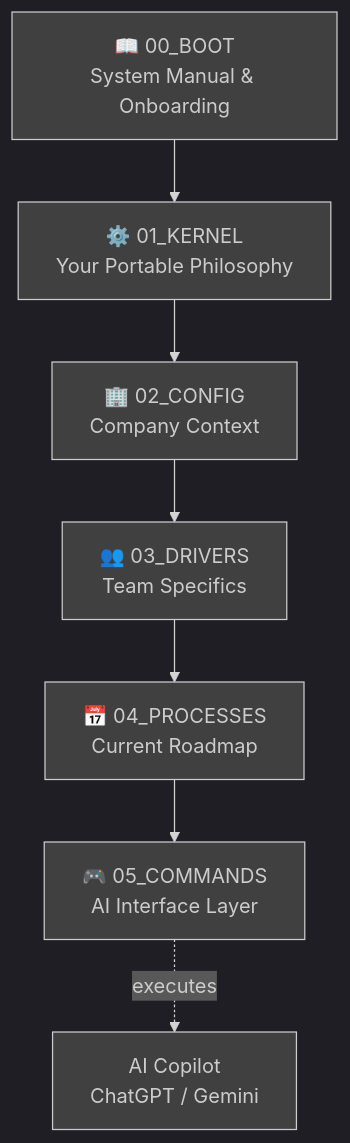
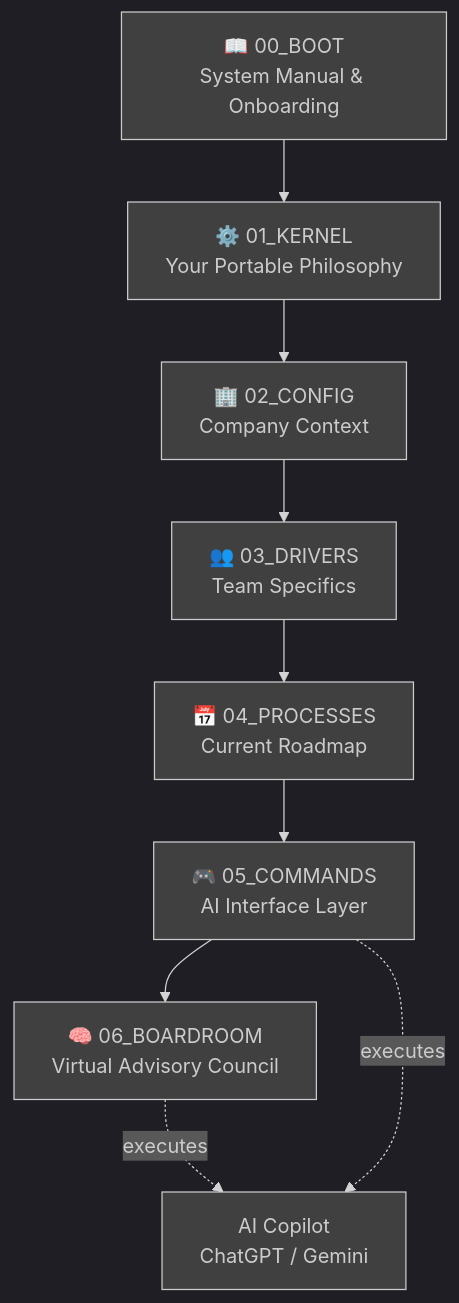
Before and after one commit to daviddgl/manager-operating-system: the first of 6 diagrams in ARCHITECTURE.md, drawn with Mermaid. The commit also changed other lines of this file and 10 other files, not shown here.

````diff
--- a/ARCHITECTURE.md
+++ b/ARCHITECTURE.md
@@ -11,18 +11,21 @@
 ```mermaid
 %%{init: {'theme':'dark'}}%%
 graph TD
     A["📖 00_BOOT<br/>System Manual & Onboarding"] --> B["⚙️ 01_KERNEL<br/>Your Portable Philosophy"]
     B --> C["🏢 02_CONFIG<br/>Company Context"]
     C --> D["👥 03_DRIVERS<br/>Team Specifics"]
     D --> E["📅 04_PROCESSES<br/>Current Roadmap"]
     E --> F["🎮 05_COMMANDS<br/>AI Interface Layer"]
-    F -.->|executes| G["AI Copilot<br/>ChatGPT / Gemini"]
+    F --> G["🧠 06_BOARDROOM<br/>Virtual Advisory Council"]
+    G -.->|executes| H["AI Copilot<br/>ChatGPT / Gemini"]
+    F -.->|executes| H
     
     style A fill:#404040
     style B fill:#404040
     style C fill:#404040
     style D fill:#404040
     style E fill:#404040
     style F fill:#404040
     style G fill:#404040
+    style H fill:#404040
 ```
````
